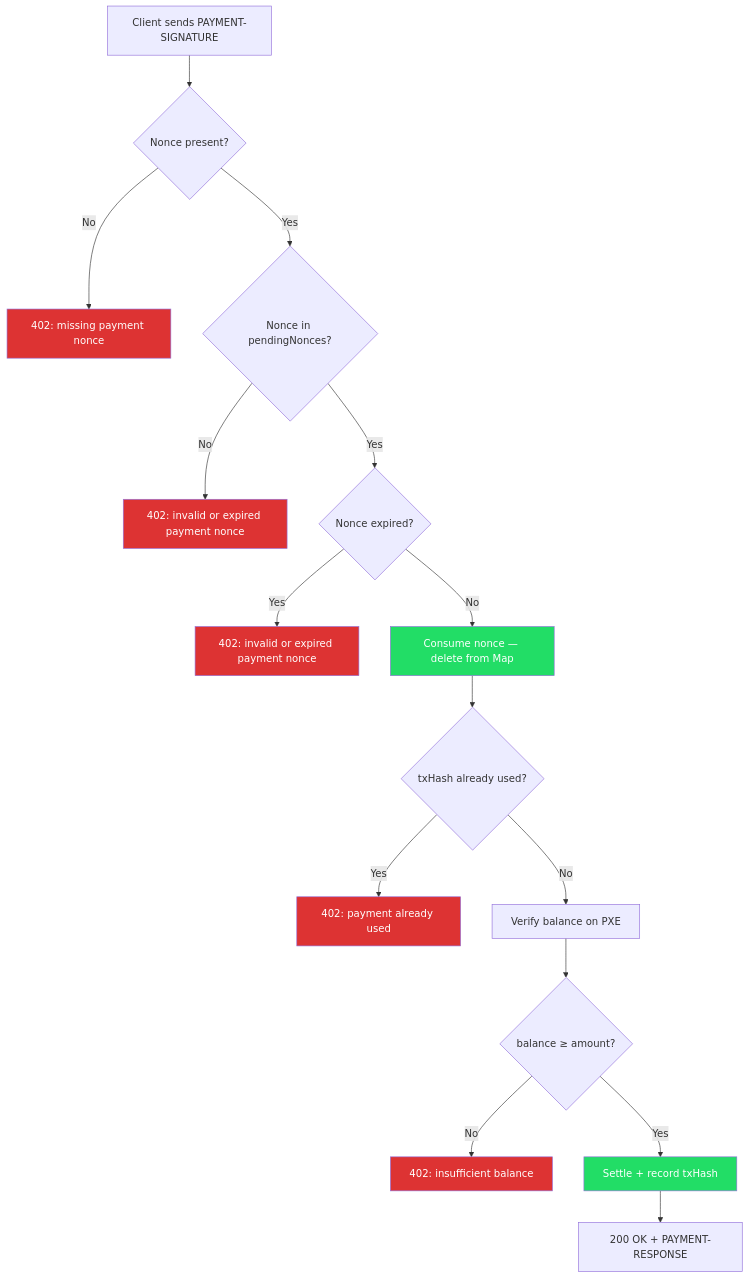
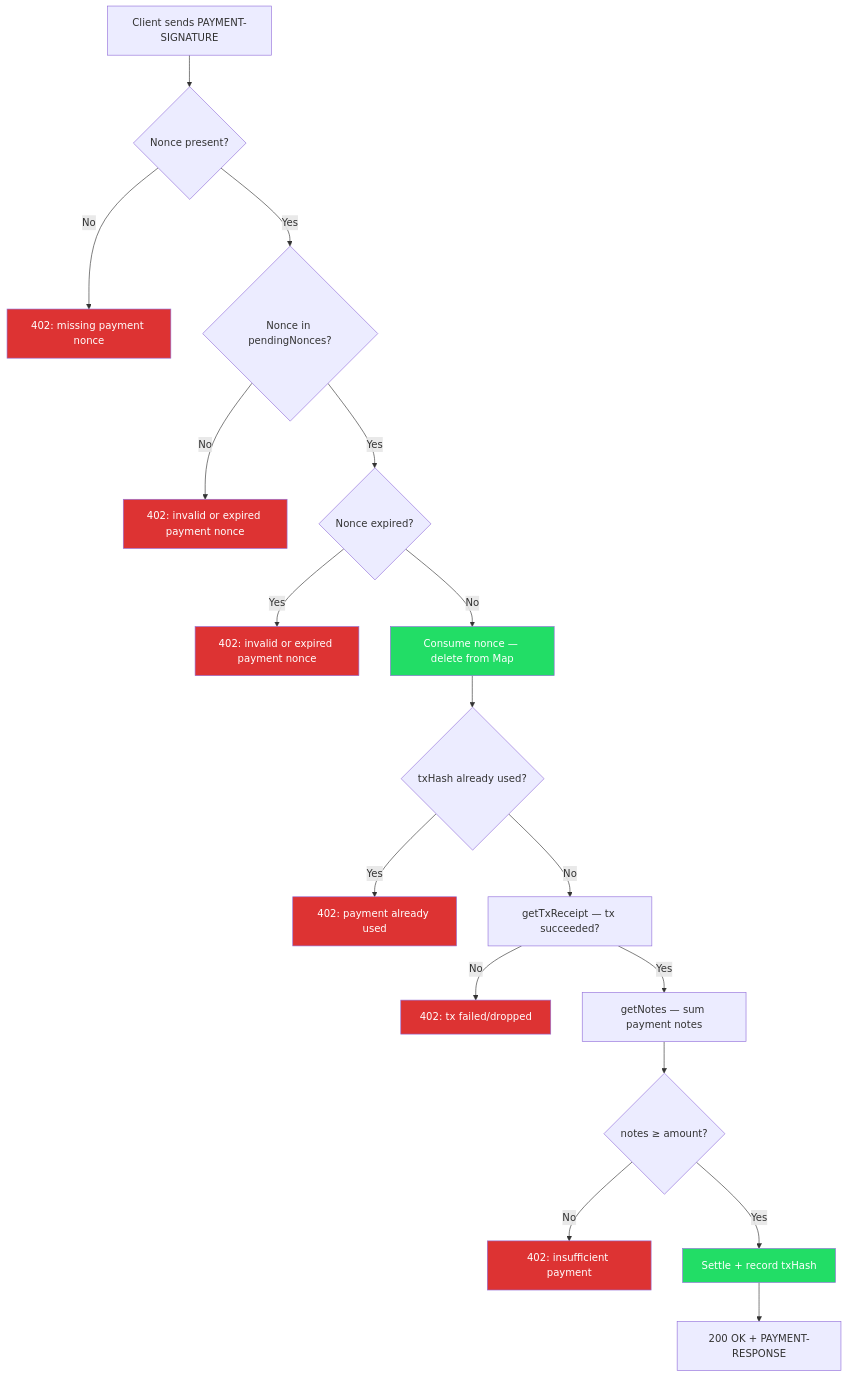
One commit to Galactica-corp/aztec-x402 changed the second of 3 diagrams in readme.md. Above: the diagram before and after it, drawn with Mermaid. The commit also changed other lines of this file and 7 other files, not shown here.

````diff
--- a/readme.md
+++ b/readme.md
@@ -37,25 +38,28 @@
 ```mermaid
 flowchart TD
     A[Client sends PAYMENT-SIGNATURE] --> B{Nonce present?}
     B -- No --> R1[402: missing payment nonce]
     B -- Yes --> C{Nonce in pendingNonces?}
     C -- No --> R2[402: invalid or expired payment nonce]
     C -- Yes --> D{Nonce expired?}
     D -- Yes --> R3[402: invalid or expired payment nonce]
     D -- No --> E[Consume nonce — delete from Map]
     E --> F{txHash already used?}
     F -- Yes --> R4[402: payment already used]
-    F -- No --> G[Verify balance on PXE]
-    G --> H{balance ≥ amount?}
-    H -- No --> R5[402: insufficient balance]
-    H -- Yes --> I[Settle + record txHash]
-    I --> J[200 OK + PAYMENT-RESPONSE]
+    F -- No --> G[getTxReceipt — tx succeeded?]
+    G -- No --> R5a[402: tx failed/dropped]
+    G -- Yes --> H[getNotes — sum payment notes]
+    H --> I{notes ≥ amount?}
+    I -- No --> R5[402: insufficient payment]
+    I -- Yes --> J2[Settle + record txHash]
+    J2 --> J[200 OK + PAYMENT-RESPONSE]
 
     style E fill:#2d6,color:#fff
-    style I fill:#2d6,color:#fff
+    style J2 fill:#2d6,color:#fff
     style R1 fill:#d33,color:#fff
     style R2 fill:#d33,color:#fff
     style R3 fill:#d33,color:#fff
     style R4 fill:#d33,color:#fff
     style R5 fill:#d33,color:#fff
+    style R5a fill:#d33,color:#fff
 ```
````
